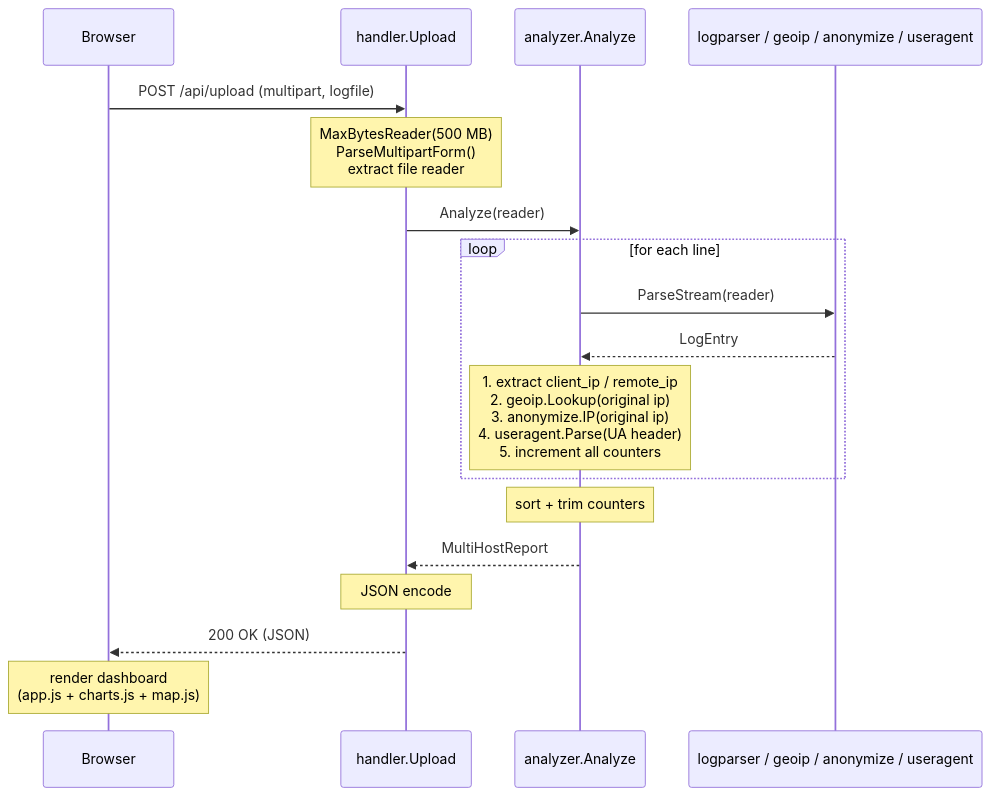
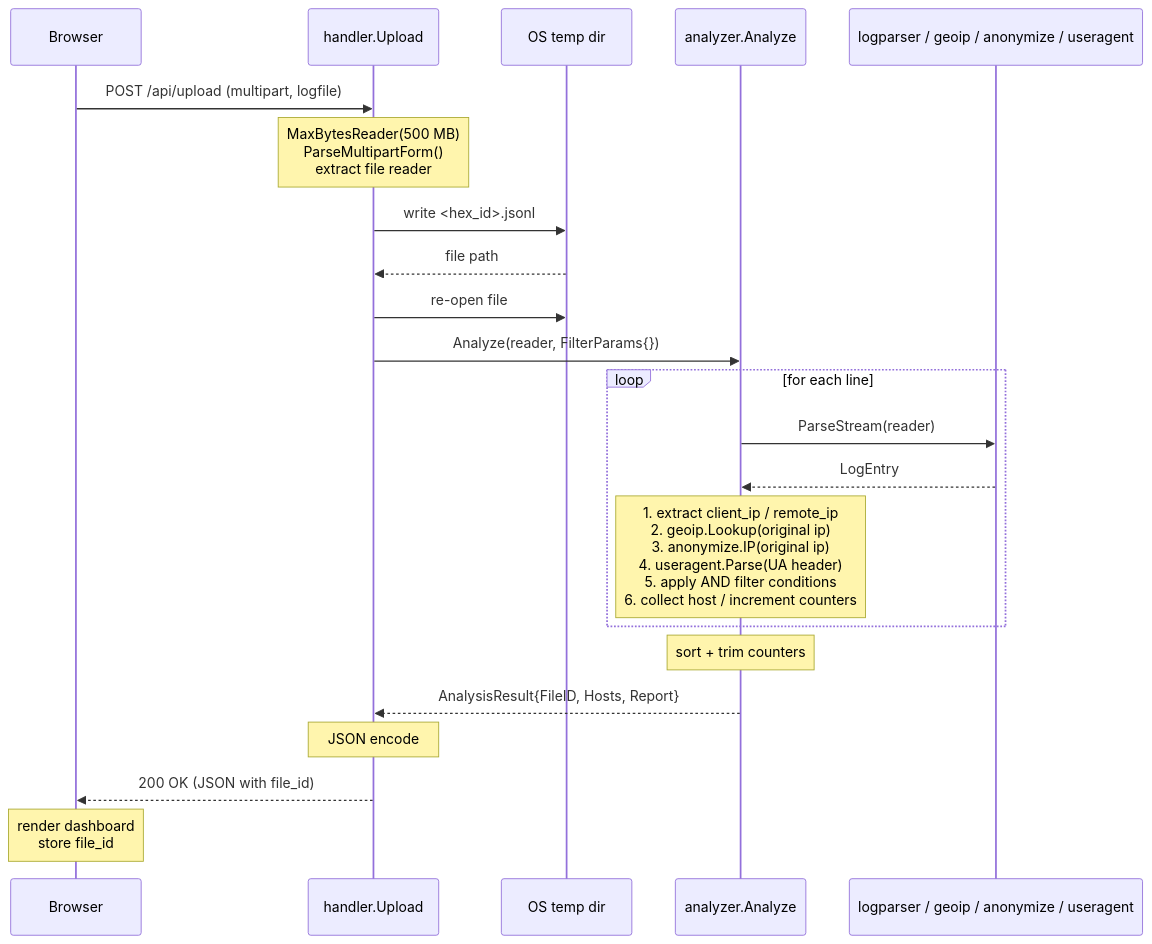
One commit to bjblazko/caddyshack changed the first of 4 diagrams in doc/arch/06_runtime_view.md. Above: the diagram before and after it, drawn with Mermaid. The commit also changed other lines of this file and 18 other files, not shown here.

First line of the commit message:
feat: backend filter-then-aggregate with full dashboard filtering

````diff
--- a/doc/arch/06_runtime_view.md
+++ b/doc/arch/06_runtime_view.md
@@ -7,21 +7,25 @@
 ```mermaid
 sequenceDiagram
     participant B as Browser
     participant H as handler.Upload
+    participant FS as OS temp dir
     participant A as analyzer.Analyze
     participant LP as logparser / geoip / anonymize / useragent
 
     B->>H: POST /api/upload (multipart, logfile)
     Note over H: MaxBytesReader(500 MB)<br/>ParseMultipartForm()<br/>extract file reader
-    H->>A: Analyze(reader)
+    H->>FS: write <hex_id>.jsonl
+    FS-->>H: file path
+    H->>FS: re-open file
+    H->>A: Analyze(reader, FilterParams{})
     loop for each line
         A->>LP: ParseStream(reader)
         LP-->>A: LogEntry
-        Note over A: 1. extract client_ip / remote_ip<br/>2. geoip.Lookup(original ip)<br/>3. anonymize.IP(original ip)<br/>4. useragent.Parse(UA header)<br/>5. increment all counters
+        Note over A: 1. extract client_ip / remote_ip<br/>2. geoip.Lookup(original ip)<br/>3. anonymize.IP(original ip)<br/>4. useragent.Parse(UA header)<br/>5. apply AND filter conditions<br/>6. collect host / increment counters
     end
     Note over A: sort + trim counters
-    A-->>H: MultiHostReport
+    A-->>H: AnalysisResult{FileID, Hosts, Report}
     Note over H: JSON encode
-    H-->>B: 200 OK (JSON)
-    Note over B: render dashboard<br/>(app.js + charts.js + map.js)
+    H-->>B: 200 OK (JSON with file_id)
+    Note over B: render dashboard<br/>store file_id
 ```
````
